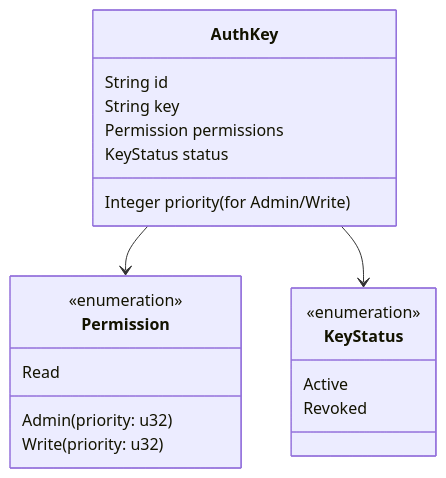
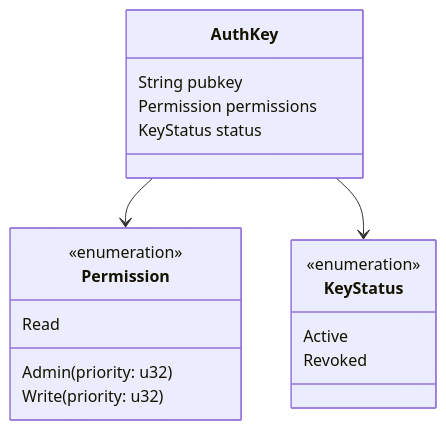
Before and after one commit to arcuru/eidetica: the first of 7 diagrams in docs/src/design/authentication.md, drawn with Mermaid. The commit also changed other lines of this file and 10 other files, not shown here.

Commit message:
refactor: rename AuthKey.key field to pubkey and fix docs format

````diff
--- a/docs/src/design/authentication.md
+++ b/docs/src/design/authentication.md
@@ -119,26 +119,24 @@
 ```mermaid
 classDiagram
     class AuthKey {
-        String id
-        String key
+        String pubkey
         Permission permissions
         KeyStatus status
-        Integer priority (for Admin/Write)
     }
 
     class Permission {
         <<enumeration>>
         Admin(priority: u32)
         Write(priority: u32)
         Read
     }
 
     class KeyStatus {
         <<enumeration>>
         Active
         Revoked
     }
 
     AuthKey --> Permission
     AuthKey --> KeyStatus
 ```
````
